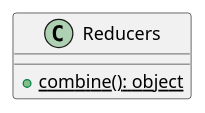
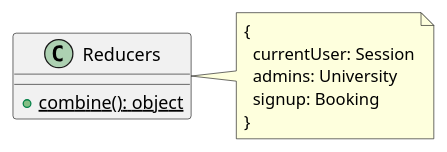
Before and after one commit to M9k/Marvin-Uml: the diagram in redux/aggregators/reducers.iuml, drawn with PlantUML. The commit also changed 4 other files, not shown here.

```diff
--- a/redux/aggregators/reducers.iuml
+++ b/redux/aggregators/reducers.iuml
@@ -1,3 +1,10 @@
 class Reducers{
   + {static} combine(): object
 }
+note right of Reducers
+{
+  currentUser: Session
+  admins: University
+  signup: Booking
+}
+end note
```
